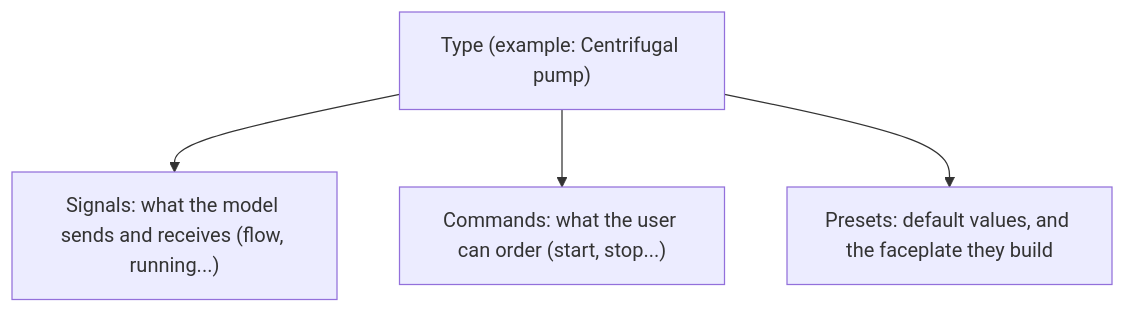
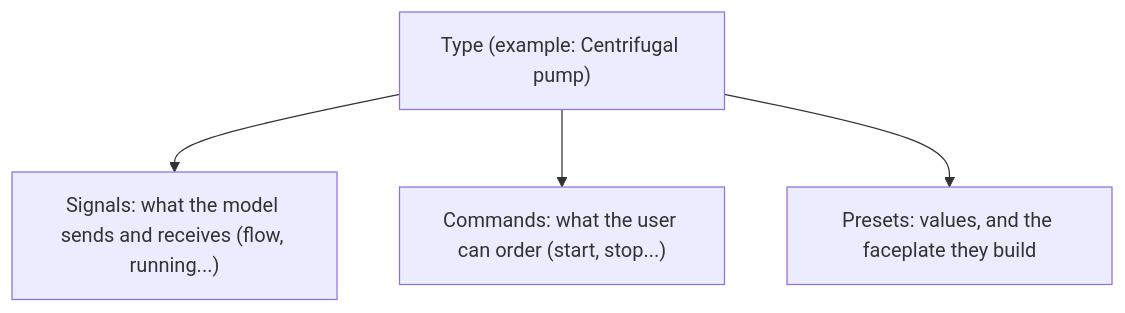
Before and after one commit to AlexandreGallais/synoptic-studio-spec: the first of 3 diagrams in metadata/README.md, drawn with Mermaid. The commit also changed other lines of this file and 13 other files, not shown here.

````diff
--- a/metadata/README.md
+++ b/metadata/README.md
@@ -17,7 +17,7 @@
 ```mermaid
 flowchart TD
     T["Type (example: Centrifugal pump)"]
     T --> P["Signals: what the model sends and receives (flow, running...)"]
     T --> C["Commands: what the user can order (start, stop...)"]
-    T --> R["Presets: default values, and the faceplate they build"]
+    T --> R["Presets: values, and the faceplate they build"]
 ```
````
